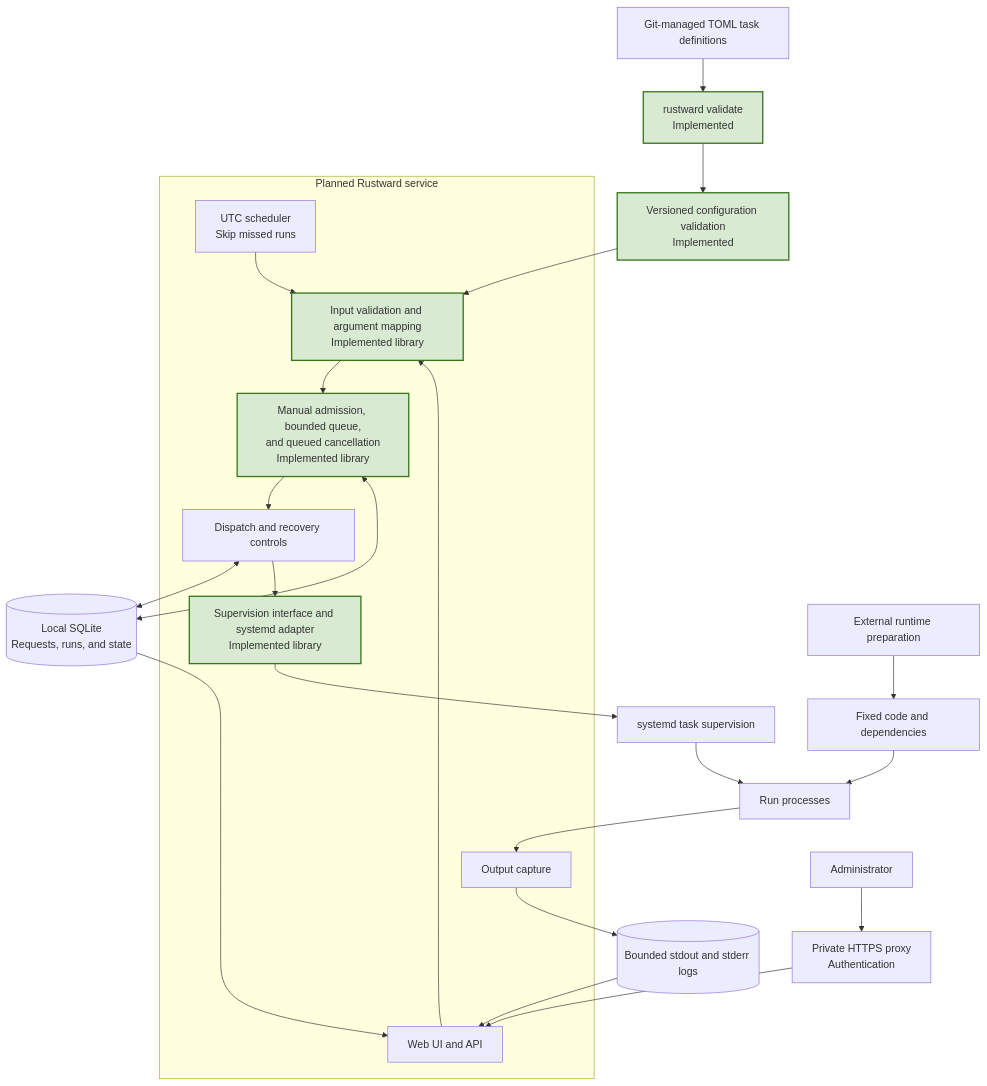
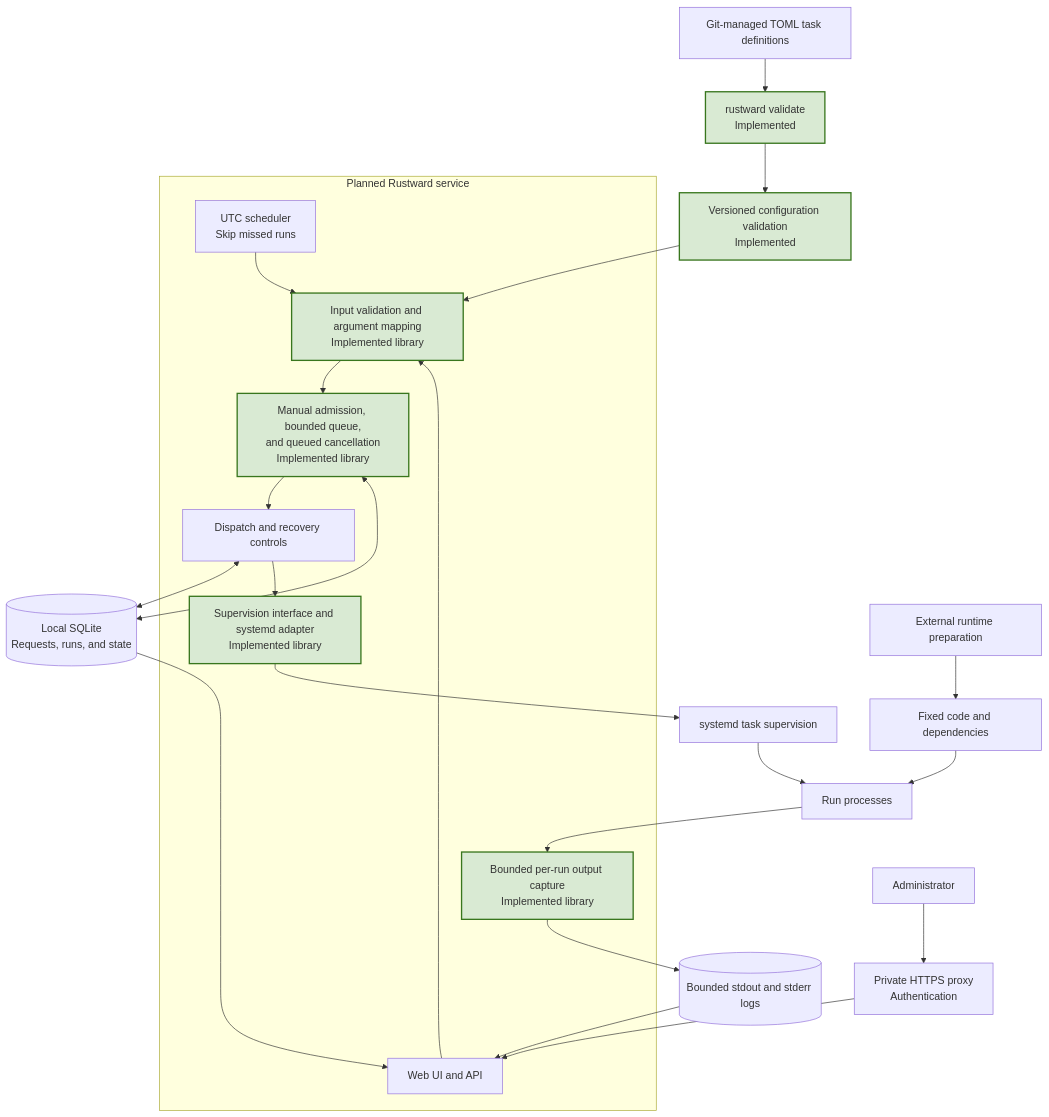
Before and after one commit to chrizpower/rustward: the diagram in docs/ARCHITECTURE.md, drawn with Mermaid. The commit also changed other lines of this file and 11 other files, not shown here.

Commit message:
feat: add bounded stdout and stderr capture

````diff
--- a/docs/ARCHITECTURE.md
+++ b/docs/ARCHITECTURE.md
@@ -15,46 +15,46 @@
 ```mermaid
 flowchart TB
     Git["Git-managed TOML task definitions"]
     CLI["rustward validate<br/>Implemented"]
     Config["Versioned configuration validation<br/>Implemented"]
 
     Admin["Administrator"]
     Proxy["Private HTTPS proxy<br/>Authentication"]
 
     subgraph Service["Planned Rustward service"]
         UI["Web UI and API"]
         Cron["UTC scheduler<br/>Skip missed runs"]
         Inputs["Input validation and argument mapping<br/>Implemented library"]
         Queue["Manual admission, bounded queue,<br/>and queued cancellation<br/>Implemented library"]
         Dispatch["Dispatch and recovery controls"]
         Adapter["Supervision interface and systemd adapter<br/>Implemented library"]
-        Capture["Output capture"]
+        Capture["Bounded per-run output capture<br/>Implemented library"]
     end
 
     DB[("Local SQLite<br/>Requests, runs, and state")]
     Prepare["External runtime preparation"]
     Runtime["Fixed code and dependencies"]
     Systemd["systemd task supervision"]
     Task["Run processes"]
     Logs[("Bounded stdout and stderr logs")]
 
     Git --> CLI --> Config
     Config --> Inputs
 
     Admin --> Proxy --> UI
     UI --> Inputs
     Cron --> Inputs
     Inputs --> Queue --> Dispatch
     Queue <--> DB
     Dispatch <--> DB
 
     Prepare --> Runtime
     Dispatch --> Adapter --> Systemd --> Task
     Runtime --> Task
     Task --> Capture --> Logs
     Logs --> UI
     DB --> UI
 
     classDef implemented fill:#d9ead3,stroke:#38761d,stroke-width:2px
-    class CLI,Config,Inputs,Queue,Adapter implemented
+    class CLI,Config,Inputs,Queue,Adapter,Capture implemented
 ```
````
